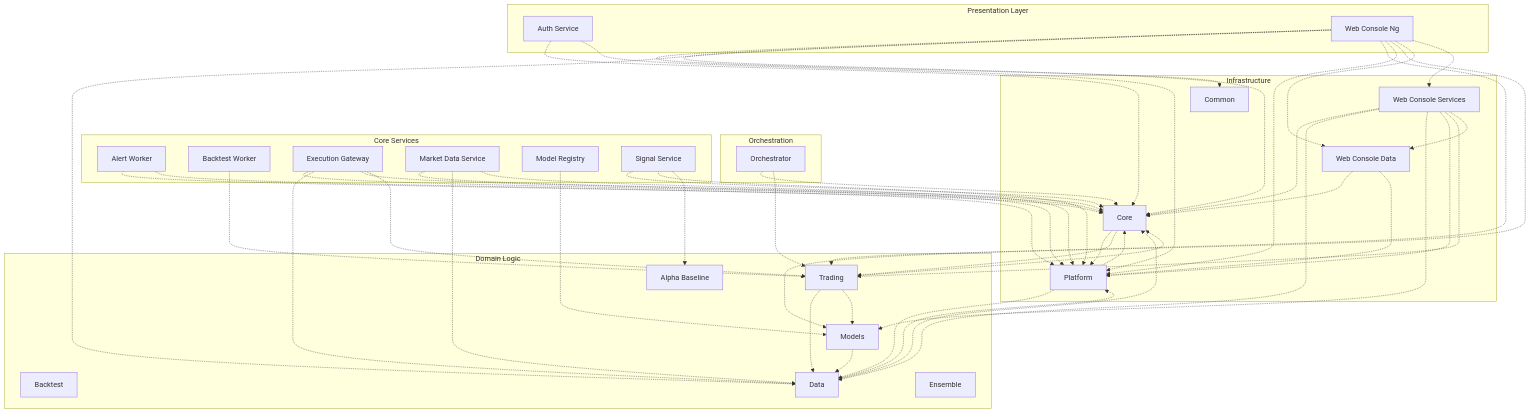
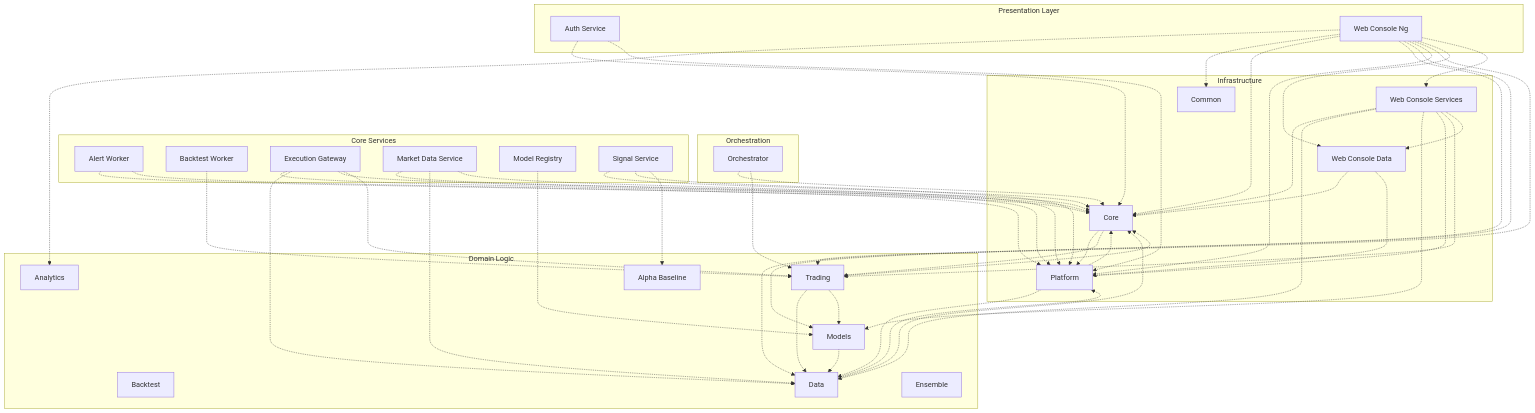
One commit to LeeeWayyy/trading_platform changed the diagram in docs/ARCHITECTURE/system_map_deps.md. Above: the diagram before and after it, drawn with Mermaid. The commit also changed 38 other files, not shown here.

```diff
--- a/docs/ARCHITECTURE/system_map_deps.md
+++ b/docs/ARCHITECTURE/system_map_deps.md
@@ -19,6 +19,7 @@
   end
   subgraph domain["Domain Logic"]
     strat_alpha_baseline["Alpha Baseline"]
+    lib_analytics["Analytics"]
     strat_backtest["Backtest"]
     lib_data["Data"]
     strat_ensemble["Ensemble"]
@@ -69,6 +70,7 @@
   svc_signal_service -.-> lib_core
   svc_signal_service -.-> lib_platform
   svc_signal_service -.-> strat_alpha_baseline
+  svc_web_console_ng -.-> lib_analytics
   svc_web_console_ng -.-> lib_common
   svc_web_console_ng -.-> lib_core
   svc_web_console_ng -.-> lib_data
@@ -88,6 +90,7 @@
   click svc_orchestrator "../SPECS/services/orchestrator.md"
   click svc_signal_service "../SPECS/services/signal_service.md"
   click svc_web_console_ng "../SPECS/services/web_console_ng.md"
+  click lib_analytics "../SPECS/libs/analytics.md"
   click lib_common "../SPECS/libs/common.md"
   click lib_core "../SPECS/libs/core.md"
   click lib_data "../SPECS/libs/data.md"
```
